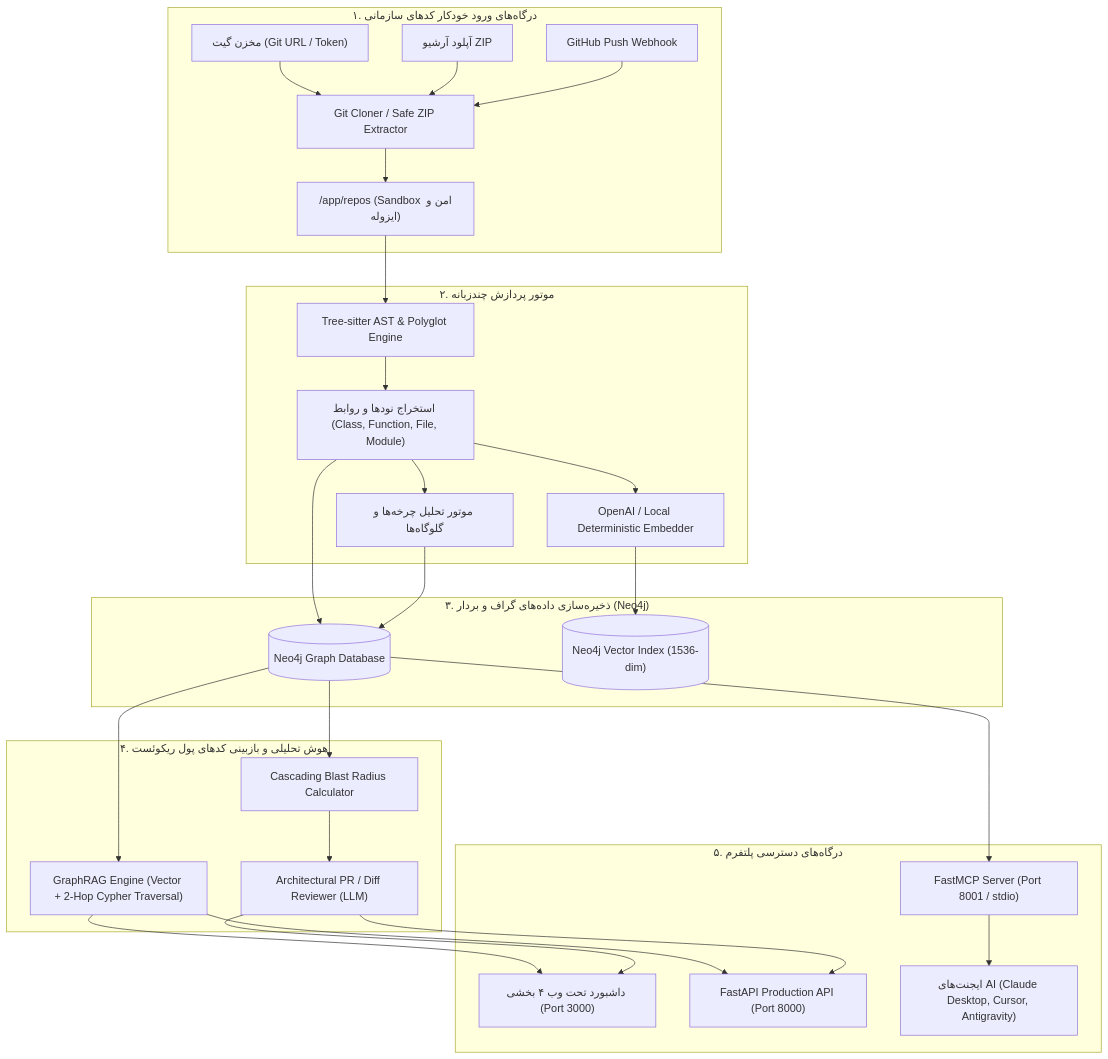
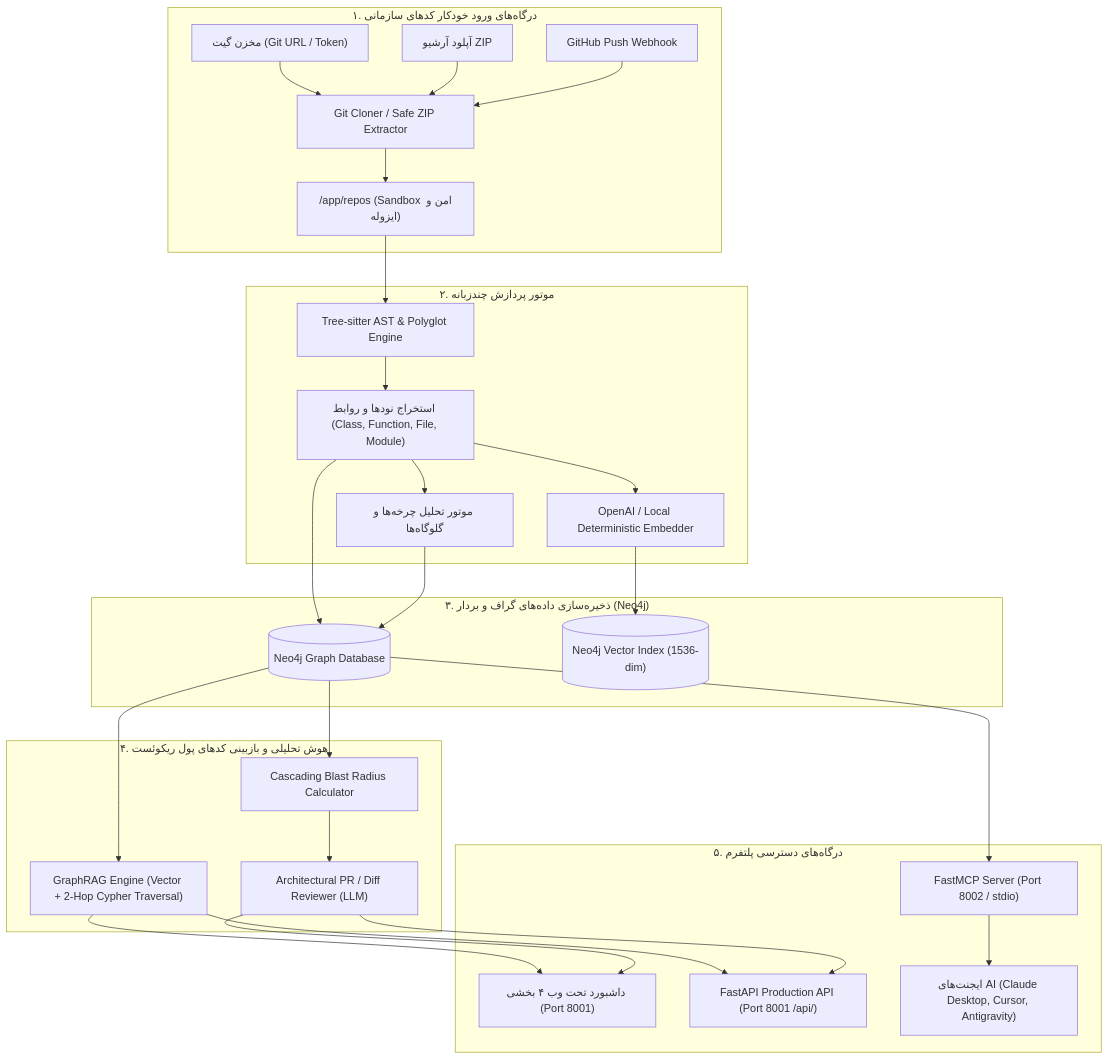
Before and after one commit to moayedinia/Preflight: the diagram in README.md, drawn with Mermaid. The commit also changed other lines of this file and 2 other files, not shown here.

Commit message:
docs: Update README, USER_GUIDE, and MCP config with new standardized ports 8001 and 8002

````diff
--- a/README.md
+++ b/README.md
@@ -83,37 +83,37 @@
 ```mermaid
 flowchart TD
     subgraph Ingestion ["۱. درگاه‌های ورود خودکار کدهای سازمانی"]
         GitRepo["مخزن گیت (Git URL / Token)"] --> Cloner["Git Cloner / Safe ZIP Extractor"]
         ZipUpload["آپلود آرشیو ZIP"] --> Cloner
         GitHubWebhook["GitHub Push Webhook"] --> Cloner
         Cloner --> Sandbox["/app/repos (Sandbox امن و ایزوله)"]
     end
 
     subgraph Processing ["۲. موتور پردازش چندزبانه"]
         Sandbox --> Parser["Tree-sitter AST & Polyglot Engine"]
         Parser --> AST["استخراج نودها و روابط (Class, Function, File, Module)"]
         AST --> Embedder["OpenAI / Local Deterministic Embedder"]
         AST --> Analytics["موتور تحلیل چرخه‌ها و گلوگاه‌ها"]
     end
 
     subgraph Storage ["۳. ذخیره‌سازی داده‌های گراف و بردار (Neo4j)"]
         AST --> Neo4j[("Neo4j Graph Database")]
         Embedder --> VectorIndex[("Neo4j Vector Index (1536-dim)")]
         Analytics --> Neo4j
     end
 
     subgraph Intelligence ["۴. هوش تحلیلی و بازبینی کدهای پول ریکوئست"]
         Neo4j --> GraphRAG["GraphRAG Engine (Vector + 2-Hop Cypher Traversal)"]
         Neo4j --> BlastRadius["Cascading Blast Radius Calculator"]
         BlastRadius --> Reviewer["Architectural PR / Diff Reviewer (LLM)"]
     end
 
     subgraph Interfaces ["۵. درگاه‌های دسترسی پلتفرم"]
-        GraphRAG --> WebUI["داشبورد تحت وب ۴ بخشی (Port 3000)"]
+        GraphRAG --> WebUI["داشبورد تحت وب ۴ بخشی (Port 8001)"]
         Reviewer --> WebUI
-        GraphRAG --> RestAPI["FastAPI Production API (Port 8000)"]
+        GraphRAG --> RestAPI["FastAPI Production API (Port 8001 /api/)"]
         Reviewer --> RestAPI
-        Neo4j --> MCPServer["FastMCP Server (Port 8001 / stdio)"]
+        Neo4j --> MCPServer["FastMCP Server (Port 8002 / stdio)"]
         MCPServer --> AIAgents["ایجنت‌های AI (Claude Desktop, Cursor, Antigravity)"]
     end
 ```
````
